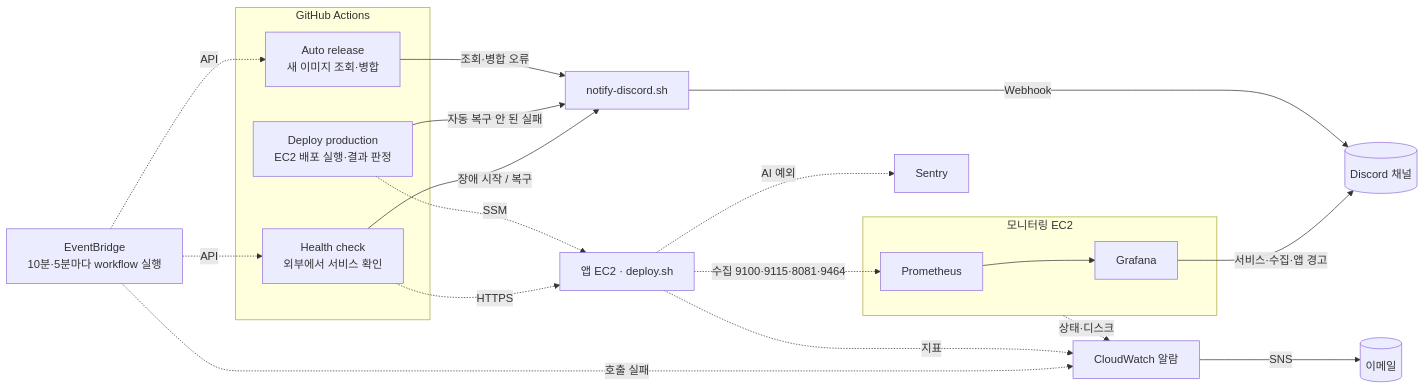
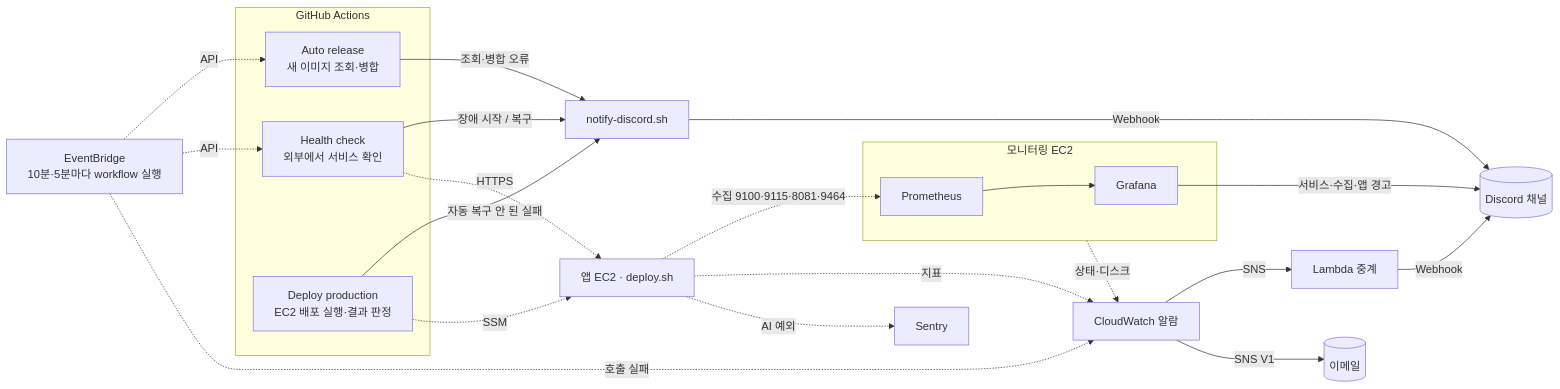
The diagram in docs/v1-alerting.md (100-hours-a-week/KTB4-8th-CLOUD), drawn with Mermaid before and after one commit. The commit also changed other lines of this file and 1 other file, not shown here.

Commit message:
docs: describe CloudWatch to Discord alert relay

````diff
--- a/docs/v1-alerting.md
+++ b/docs/v1-alerting.md
@@ -26,26 +26,27 @@
 ```mermaid
 flowchart LR
     EB[EventBridge<br/>10분·5분마다 workflow 실행] -. API .-> AR
     EB -. API .-> HC
     subgraph GH[GitHub Actions]
         AR[Auto release<br/>새 이미지 조회·병합]
         DP[Deploy production<br/>EC2 배포 실행·결과 판정]
         HC[Health check<br/>외부에서 서비스 확인]
     end
     AR -- 조회·병합 오류 --> N[notify-discord.sh]
     DP -- 자동 복구 안 된 실패 --> N
     HC -- 장애 시작 / 복구 --> N
     N -- Webhook --> D[(Discord 채널)]
     DP -. SSM .-> APP[앱 EC2 · deploy.sh]
     HC -. HTTPS .-> APP
     subgraph MON[모니터링 EC2]
         P[Prometheus] --> G[Grafana]
     end
     APP -. 수집 9100·9115·8081·9464 .-> P
     G -- 서비스·수집·앱 경고 --> D
-    CW[CloudWatch 알람] -- SNS --> M[(이메일)]
+    CW[CloudWatch 알람] -- SNS --> L[Lambda 중계] -- Webhook --> D
+    CW -- SNS V1 --> M[(이메일)]
     APP -. 지표 .-> CW
     MON -. 상태·디스크 .-> CW
     EB -. 호출 실패 .-> CW
     APP -. AI 예외 .-> S[Sentry]
 ```
````
